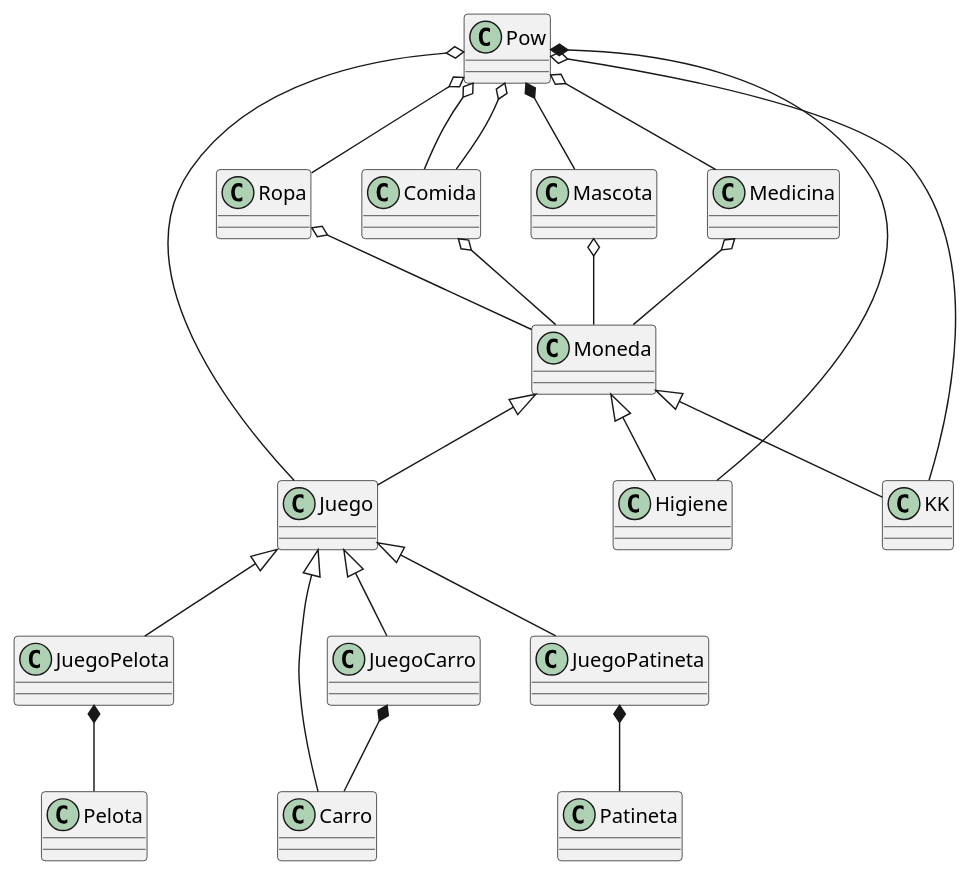
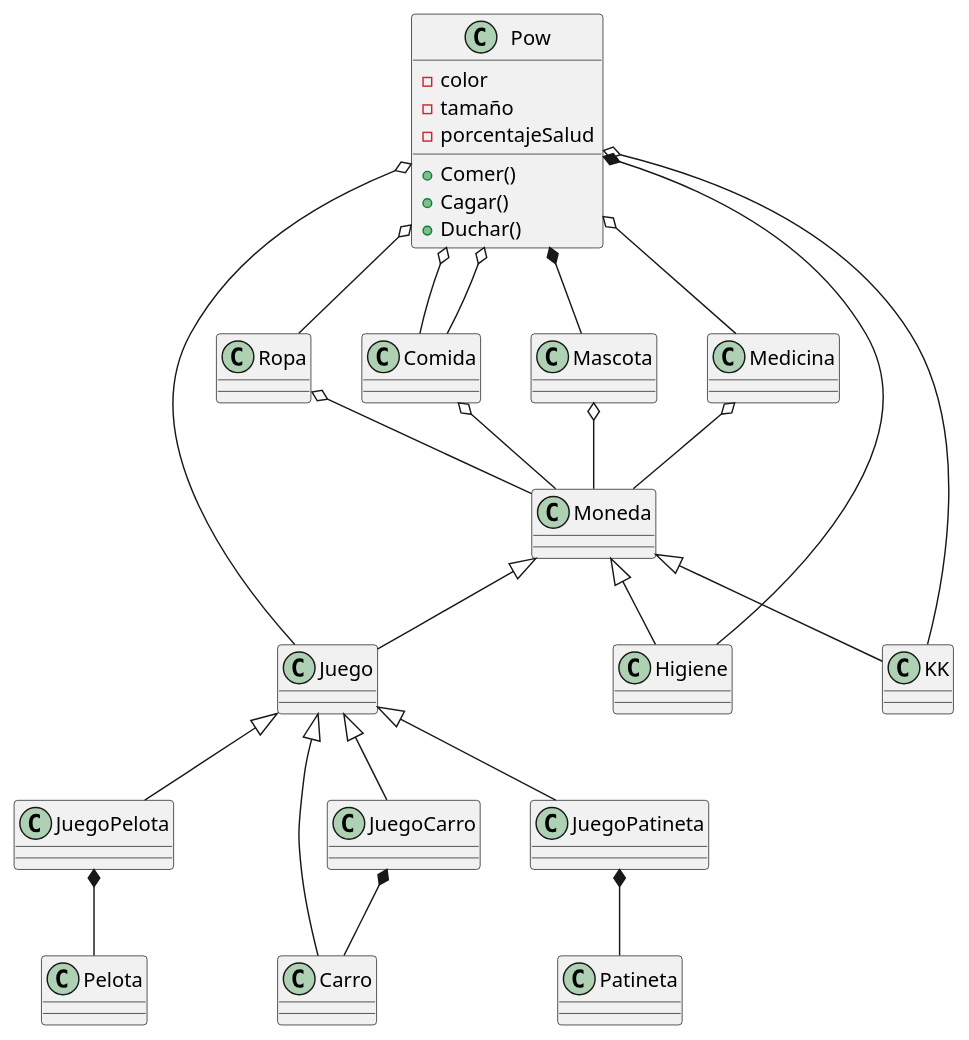
One commit to JPlm8/Hola-Mundo changed the diagram in dox/pow.puml. Above: the diagram before and after it, drawn with PlantUML. The commit also changed 3 other files, not shown here.

```diff
--- a/dox/pow.puml
+++ b/dox/pow.puml
@@ -1,45 +1,53 @@
 @startuml  pow
 
-class Pow 
+class Pow {
+    - color
+    - tamaño
+    - porcentajeSalud
+    + Comer()
+    + Cagar()
+    + Duchar()
+
+}
 class Juego
 class JuegoPelota
 class JuegoPelota
 class Carro 
 class Moneda 
 class Medicina
 class Ropa
 class Higiene
 class Patineta
 class KK
 class Comida
 class Mascota
 class JuegoPatineta
 class JuegoCarro
 
 Pow o-- Juego
 Juego <|-- JuegoPelota
 JuegoPelota *-- Pelota
 Juego <|-- Carro
 Pow o-- Comida
 Mascota o-- Moneda
 Comida o-- Moneda
 Medicina o-- Moneda
 Ropa o-- Moneda
 Pow o-- KK
 Pow o-- Ropa
 Pow o-- Comida
 Pow o-- Medicina
 Pow *-- Mascota
 JuegoPatineta *-- Patineta
 JuegoCarro *-- Carro
 Pow *-- Higiene
 Moneda <|-- KK
 Moneda <|-- Juego
 Juego <|-- JuegoCarro
 Juego <|-- JuegoPatineta
 Moneda <|--Higiene
 
 
 
 
 @enduml
```
